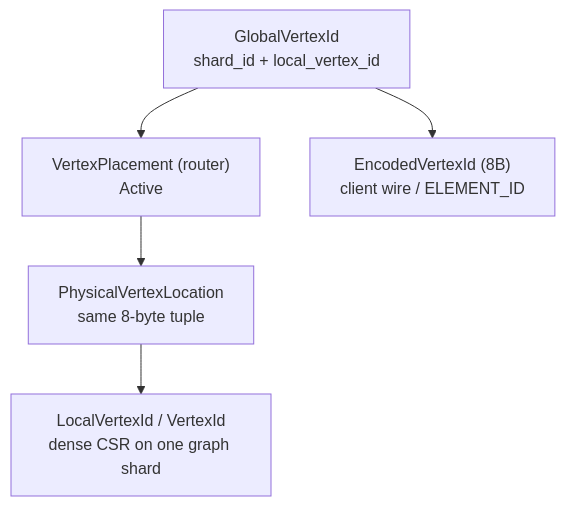
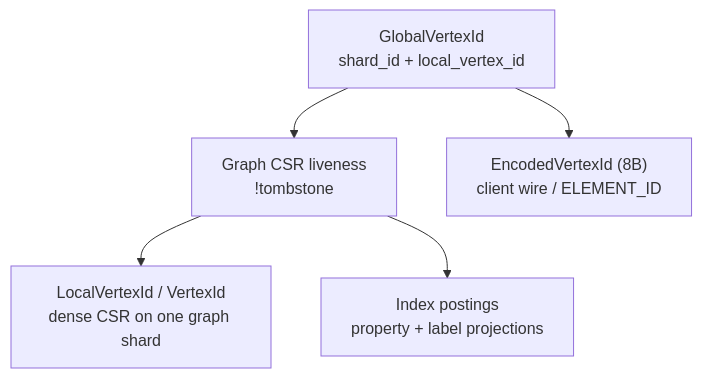
The diagram in design/federation/model.md (perforate-org/gleaph), drawn with Mermaid before and after one commit. The commit also changed other lines of this file and 39 other files, not shown here.

First line of the commit message:
refactor(federation): remove router placement registry

````diff
--- a/design/federation/model.md
+++ b/design/federation/model.md
@@ -29,8 +29,8 @@
 ```mermaid
 flowchart TD
     G["GlobalVertexId<br/>shard_id + local_vertex_id"]
-    G --> VP["VertexPlacement (router)<br/>Active"]
-    VP --> PVL["PhysicalVertexLocation<br/>same 8-byte tuple"]
-    PVL --> LV["LocalVertexId / VertexId<br/>dense CSR on one graph shard"]
+    G --> LIVE["Graph CSR liveness<br/>!tombstone"]
+    LIVE --> LV["LocalVertexId / VertexId<br/>dense CSR on one graph shard"]
     G --> ENC["EncodedVertexId (8B)<br/>client wire / ELEMENT_ID"]
+    LIVE --> IDX["Index postings<br/>property + label projections"]
 ```
````
